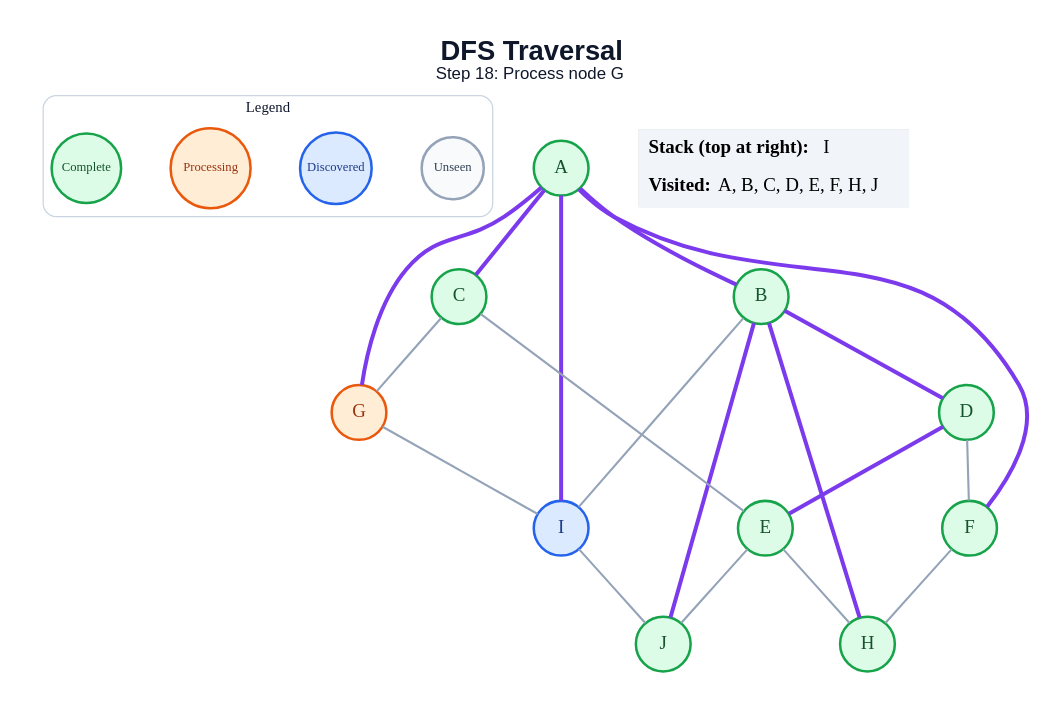
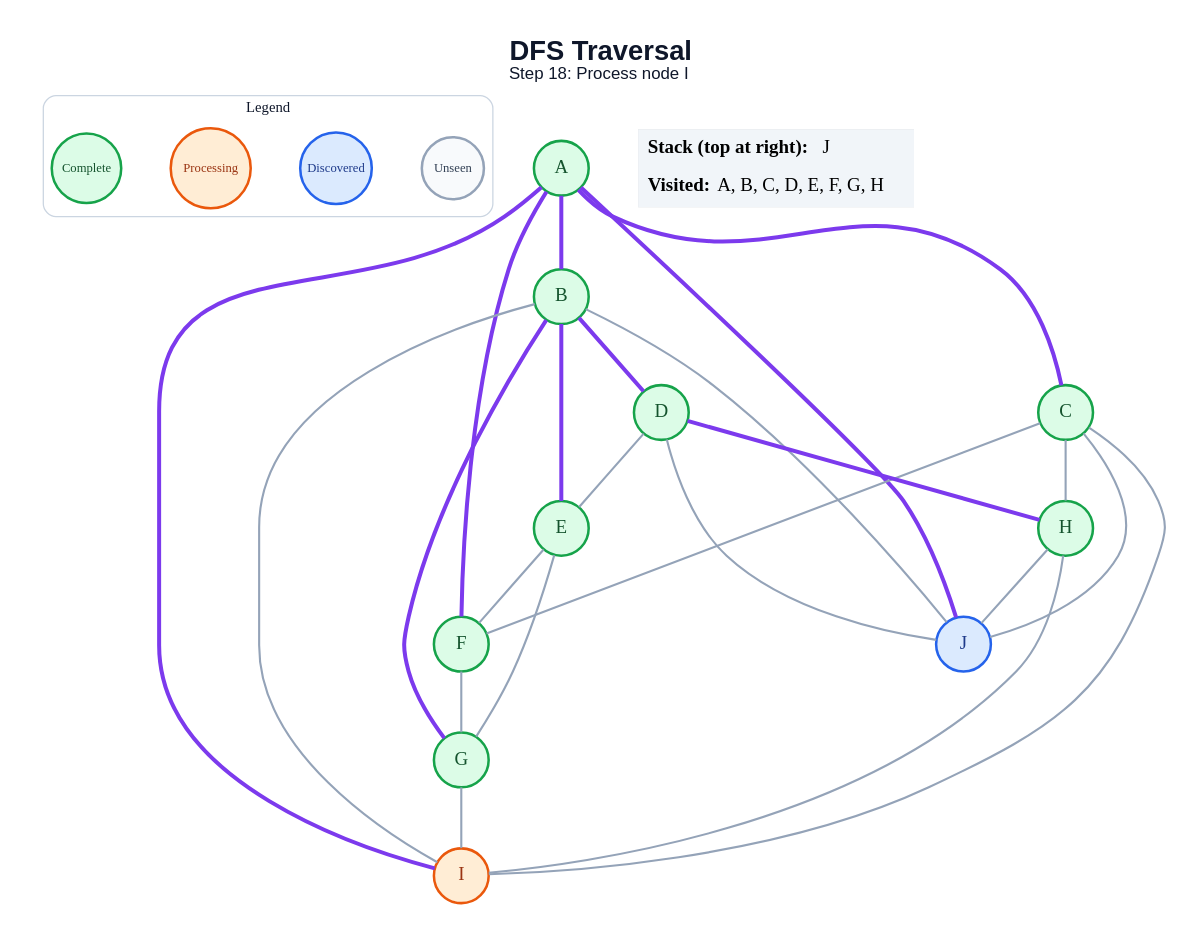
One commit to amanghodawala9/ai-slop changed the diagram in generated/dfs/step_18.dot. Above: the diagram before and after it, drawn with Graphviz. The commit also changed 178 other files, not shown here.

```diff
--- a/generated/dfs/step_18.dot
+++ b/generated/dfs/step_18.dot
@@ -1,47 +1,52 @@
 graph traversal {
   graph [layout=dot, rankdir=TB, bgcolor="#FFFFFF", pad="0.35", nodesep="0.65", ranksep="0.8", fontname="Arial"];
   node [shape=circle, style="filled", fontname="Arial Bold", fontsize=18, width=0.72, fixedsize=true, penwidth=2.4];
   edge [color="#94A3B8", penwidth=2.0];
-  label=<<B>DFS Traversal</B><BR/><FONT POINT-SIZE="16">Step 18: Process node G</FONT>>; labelloc="t"; fontsize=26; fontname="Arial"; fontcolor="#0F172A";
+  label=<<B>DFS Traversal</B><BR/><FONT POINT-SIZE="16">Step 18: Process node I</FONT>>; labelloc="t"; fontsize=26; fontname="Arial"; fontcolor="#0F172A";
   subgraph cluster_legend { label="Legend"; color="#CBD5E1"; penwidth=1.2; style="rounded"; fontsize=14; fontname="Arial Bold";
     key_unseen [label="Unseen", fillcolor="#F8FAFC", color="#94A3B8", fontcolor="#334155", fontsize=12, width=0.82];
     key_frontier [label="Discovered", fillcolor="#DBEAFE", color="#2563EB", fontcolor="#1E3A8A", fontsize=12, width=0.95];
     key_current [label="Processing", fillcolor="#FFEDD5", color="#EA580C", fontcolor="#9A3412", fontsize=12, width=1.05];
     key_done [label="Complete", fillcolor="#DCFCE7", color="#16A34A", fontcolor="#14532D", fontsize=12, width=0.92];
     { rank=same; key_unseen; key_frontier; key_current; key_done; }
   }
   A [fillcolor="#DCFCE7", color="#16A34A", fontcolor="#14532D"];
   B [fillcolor="#DCFCE7", color="#16A34A", fontcolor="#14532D"];
   C [fillcolor="#DCFCE7", color="#16A34A", fontcolor="#14532D"];
   D [fillcolor="#DCFCE7", color="#16A34A", fontcolor="#14532D"];
   E [fillcolor="#DCFCE7", color="#16A34A", fontcolor="#14532D"];
   F [fillcolor="#DCFCE7", color="#16A34A", fontcolor="#14532D"];
-  G [fillcolor="#FFEDD5", color="#EA580C", fontcolor="#9A3412"];
+  G [fillcolor="#DCFCE7", color="#16A34A", fontcolor="#14532D"];
   H [fillcolor="#DCFCE7", color="#16A34A", fontcolor="#14532D"];
-  I [fillcolor="#DBEAFE", color="#2563EB", fontcolor="#1E3A8A"];
-  J [fillcolor="#DCFCE7", color="#16A34A", fontcolor="#14532D"];
+  I [fillcolor="#FFEDD5", color="#EA580C", fontcolor="#9A3412"];
+  J [fillcolor="#DBEAFE", color="#2563EB", fontcolor="#1E3A8A"];
   A -- B [color="#7C3AED", penwidth=3.8];
   A -- C [color="#7C3AED", penwidth=3.8];
   A -- F [color="#7C3AED", penwidth=3.8];
-  A -- G [color="#7C3AED", penwidth=3.8];
   A -- I [color="#7C3AED", penwidth=3.8];
+  A -- J [color="#7C3AED", penwidth=3.8];
   B -- D [color="#7C3AED", penwidth=3.8];
-  B -- H [color="#7C3AED", penwidth=3.8];
+  B -- E [color="#7C3AED", penwidth=3.8];
+  B -- G [color="#7C3AED", penwidth=3.8];
   B -- I;
-  B -- J [color="#7C3AED", penwidth=3.8];
-  C -- E;
-  C -- G;
-  D -- E [color="#7C3AED", penwidth=3.8];
-  D -- F;
-  E -- H;
-  E -- J;
-  F -- H;
+  B -- J;
+  C -- F;
+  C -- H;
+  C -- I;
+  C -- J;
+  D -- E;
+  D -- H [color="#7C3AED", penwidth=3.8];
+  D -- J;
+  E -- F;
+  E -- G;
+  F -- G;
   G -- I;
-  I -- J;
+  H -- I;
+  H -- J;
   status [shape=plain, fixedsize=false, width=0, height=0, margin=0, label=<
     <TABLE BORDER="0" CELLBORDER="0" CELLPADDING="7" BGCOLOR="#F1F5F9">
-      <TR><TD ALIGN="LEFT"><B>Stack (top at right):</B> I</TD></TR>
-      <TR><TD ALIGN="LEFT"><B>Visited:</B> A, B, C, D, E, F, H, J</TD></TR>
+      <TR><TD ALIGN="LEFT"><B>Stack (top at right):</B> J</TD></TR>
+      <TR><TD ALIGN="LEFT"><B>Visited:</B> A, B, C, D, E, F, G, H</TD></TR>
     </TABLE>
   >];
 }
```
